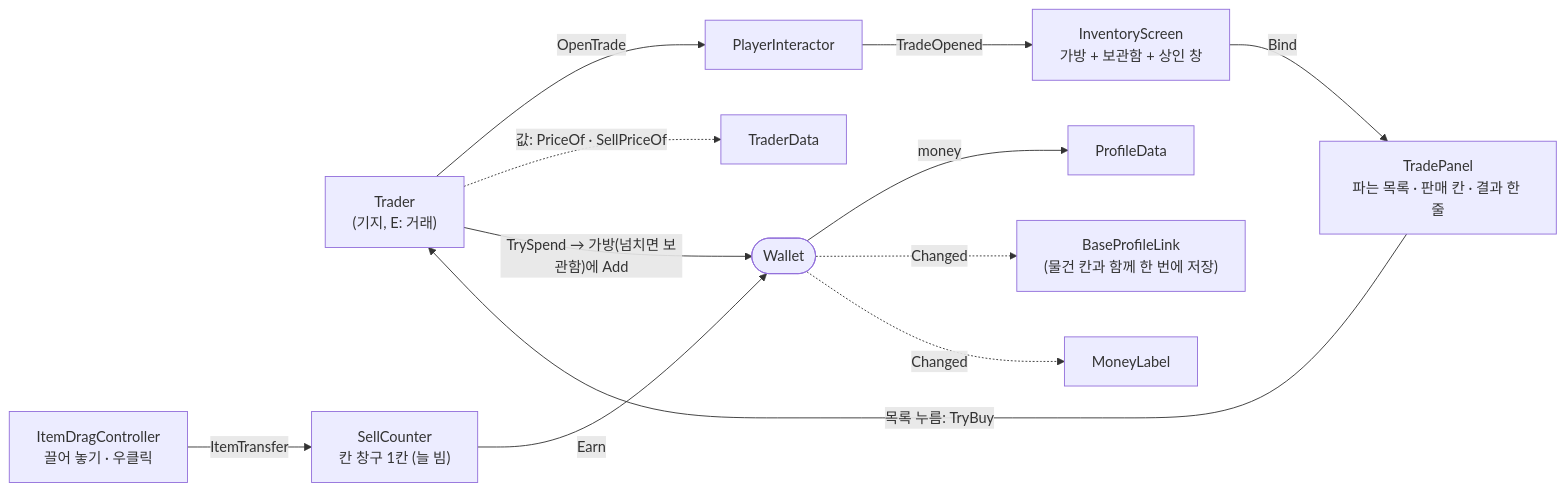
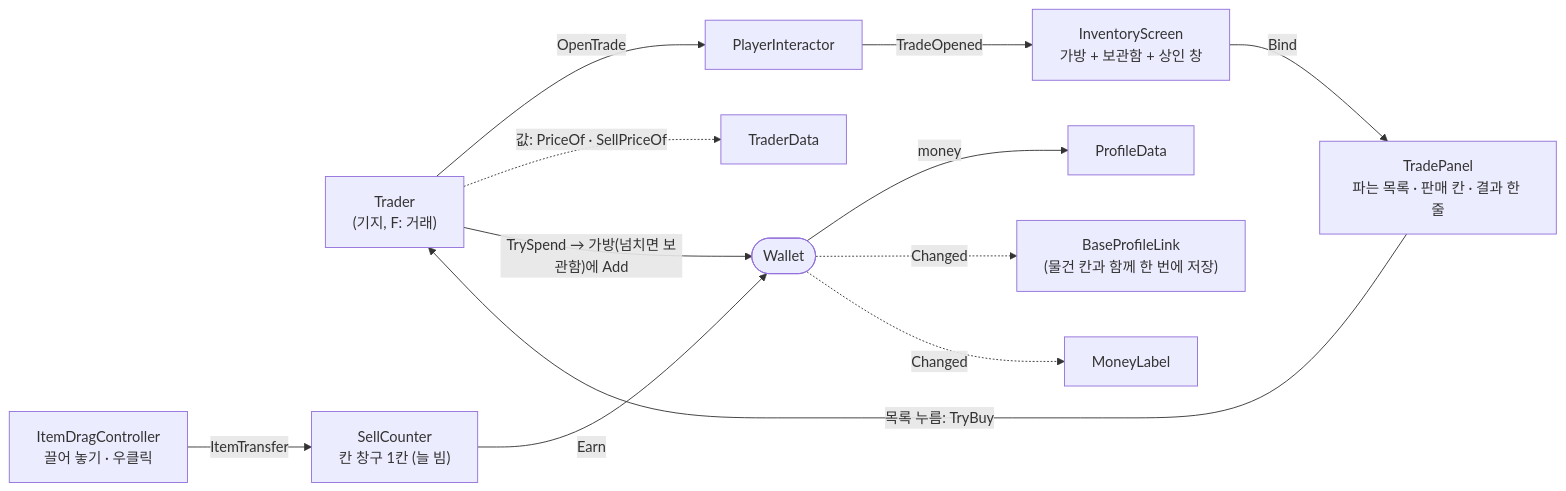
The eighth of 10 diagrams in docs/코드-구조.md (odyo0/project_dust_scrapper), drawn with Mermaid before and after one commit. The commit also changed other lines of this file and 24 other files, not shown here.

````diff
--- a/docs/코드-구조.md
+++ b/docs/코드-구조.md
@@ -291,13 +291,13 @@
 ```mermaid
 flowchart LR
-    TR["Trader<br/>(기지, E: 거래)"] -- "OpenTrade" --> PI["PlayerInteractor"] -- "TradeOpened" --> IS["InventoryScreen<br/>가방 + 보관함 + 상인 창"]
+    TR["Trader<br/>(기지, F: 거래)"] -- "OpenTrade" --> PI["PlayerInteractor"] -- "TradeOpened" --> IS["InventoryScreen<br/>가방 + 보관함 + 상인 창"]
     IS -- "Bind" --> TP["TradePanel<br/>파는 목록 · 판매 칸 · 결과 한 줄"]
     TP -- "목록 누름: TryBuy" --> TR
     TR -. "값: PriceOf · SellPriceOf" .-> TD["TraderData"]
     DC["ItemDragController<br/>끌어 놓기 · 우클릭"] -- "ItemTransfer" --> SC["SellCounter<br/>칸 창구 1칸 (늘 빔)"]
     SC -- "Earn" --> W(["Wallet"])
     TR -- "TrySpend → 가방(넘치면 보관함)에 Add" --> W
     W -- "money" --> PD["ProfileData"]
     W -. "Changed" .-> BL["BaseProfileLink<br/>(물건 칸과 함께 한 번에 저장)"]
     W -. "Changed" .-> ML["MoneyLabel"]
 ```
````
